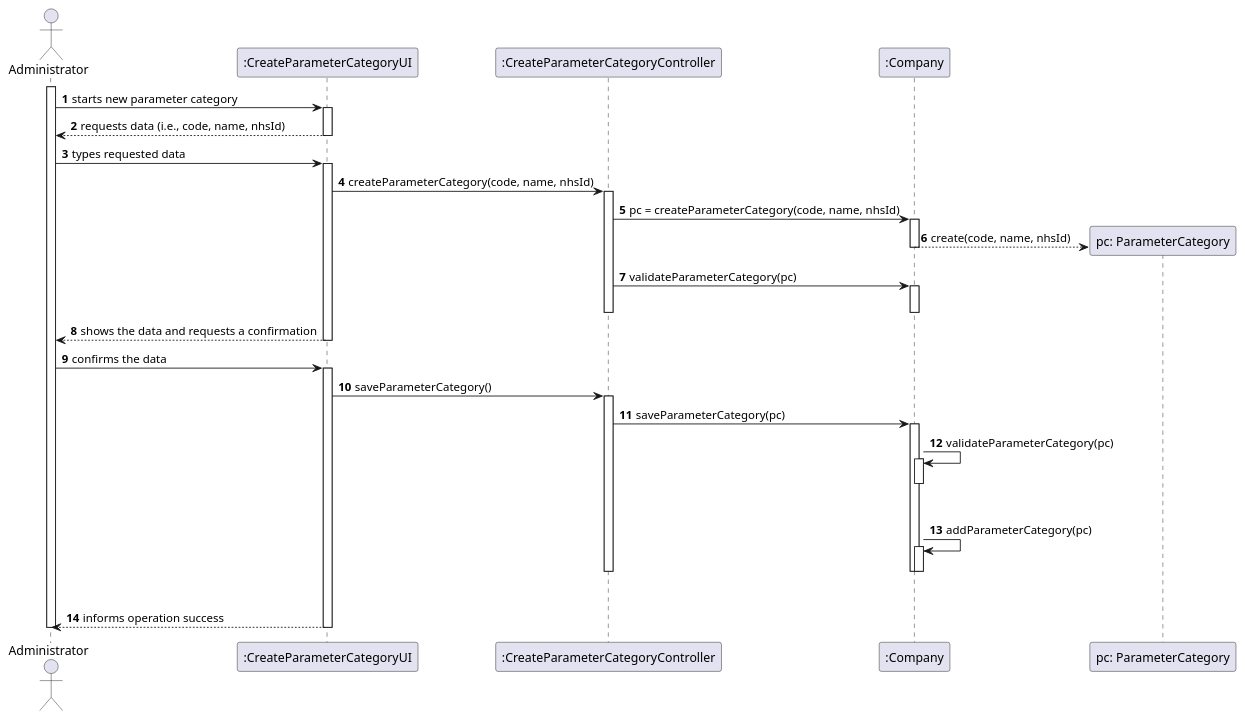
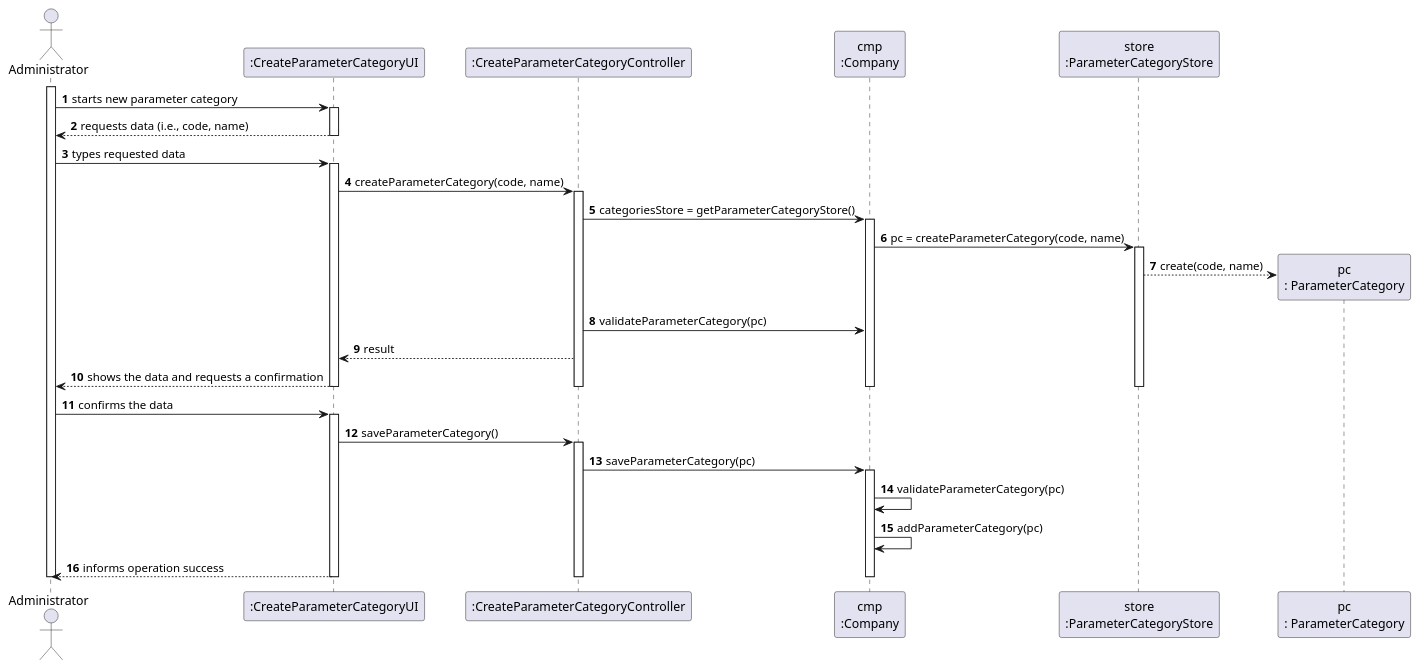
Before and after one commit to ana-albergaria/LAPR2-ISEP: the diagram in docs/SprintB/US_11/US11_SD.puml, drawn with PlantUML. The commit also changed 22 other files, not shown here.

Commit message:
Corrected US11 and US10 Diagrams, Corrected US11 Code and Finished US10 Code.

```diff
--- a/docs/SprintB/US_11/US11_SD.puml
+++ b/docs/SprintB/US_11/US11_SD.puml
@@ -1,62 +1,60 @@
 @startuml
 autonumber
 'hide footbox
 actor "Administrator" as ADM
 
 participant ":CreateParameterCategoryUI" as UI
 participant ":CreateParameterCategoryController" as CTRL
-participant ":Company" as CMP
-participant "pc: ParameterCategory" as PC
+participant "cmp\n:Company" as CMP
+participant "store\n:ParameterCategoryStore" as STORE
+participant "pc\n: ParameterCategory" as PC
 
 activate ADM
 ADM -> UI : starts new parameter category
 activate UI
-UI --> ADM : requests data (i.e., code, name, nhsId)
+UI --> ADM : requests data (i.e., code, name)
 deactivate UI
 
 ADM -> UI : types requested data
 activate UI
 
-UI -> CTRL : createParameterCategory(code, name, nhsId)
+UI -> CTRL : createParameterCategory(code, name)
 activate CTRL
 
-CTRL -> CMP : pc = createParameterCategory(code, name, nhsId)
+CTRL -> CMP : categoriesStore = getParameterCategoryStore()
 activate CMP
 
-CMP --> PC** : create(code, name, nhsId)
-deactivate CMP
+CMP -> STORE : pc = createParameterCategory(code, name)
+activate STORE
+STORE --> PC** : create(code, name)
 
 CTRL -> CMP : validateParameterCategory(pc)
-activate CMP
+
+CTRL --> UI: result
+
+UI --> ADM : shows the data and requests a confirmation
+deactivate STORE
 deactivate CTRL
 deactivate CMP
-
-UI --> ADM : shows the data and requests a confirmation
 deactivate UI
 
 ADM -> UI : confirms the data
 activate UI
 
 UI -> CTRL : saveParameterCategory()
 activate CTRL
 
 CTRL -> CMP : saveParameterCategory(pc)
 activate CMP
 
 CMP -> CMP : validateParameterCategory(pc)
-activate CMP
-|||
-deactivate CMP
 
 CMP -> CMP : addParameterCategory(pc)
-activate CMP
-|||
-deactivate CMP
+
+ADM <-- UI : informs operation success
 deactivate CMP
 deactivate CTRL
-
-ADM <-- UI : informs operation success
 deactivate UI
 deactivate ADM
 
 @enduml
```
